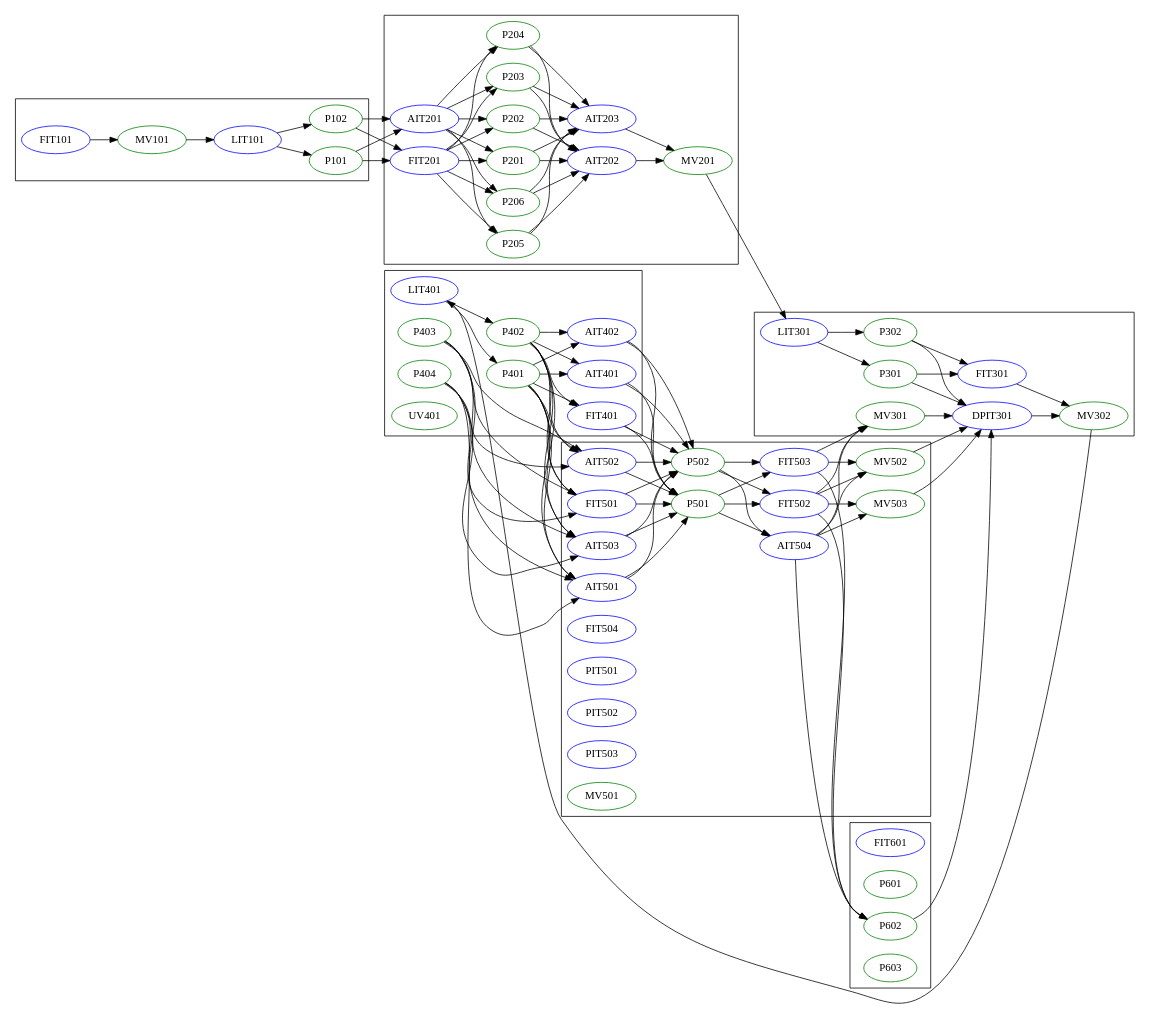
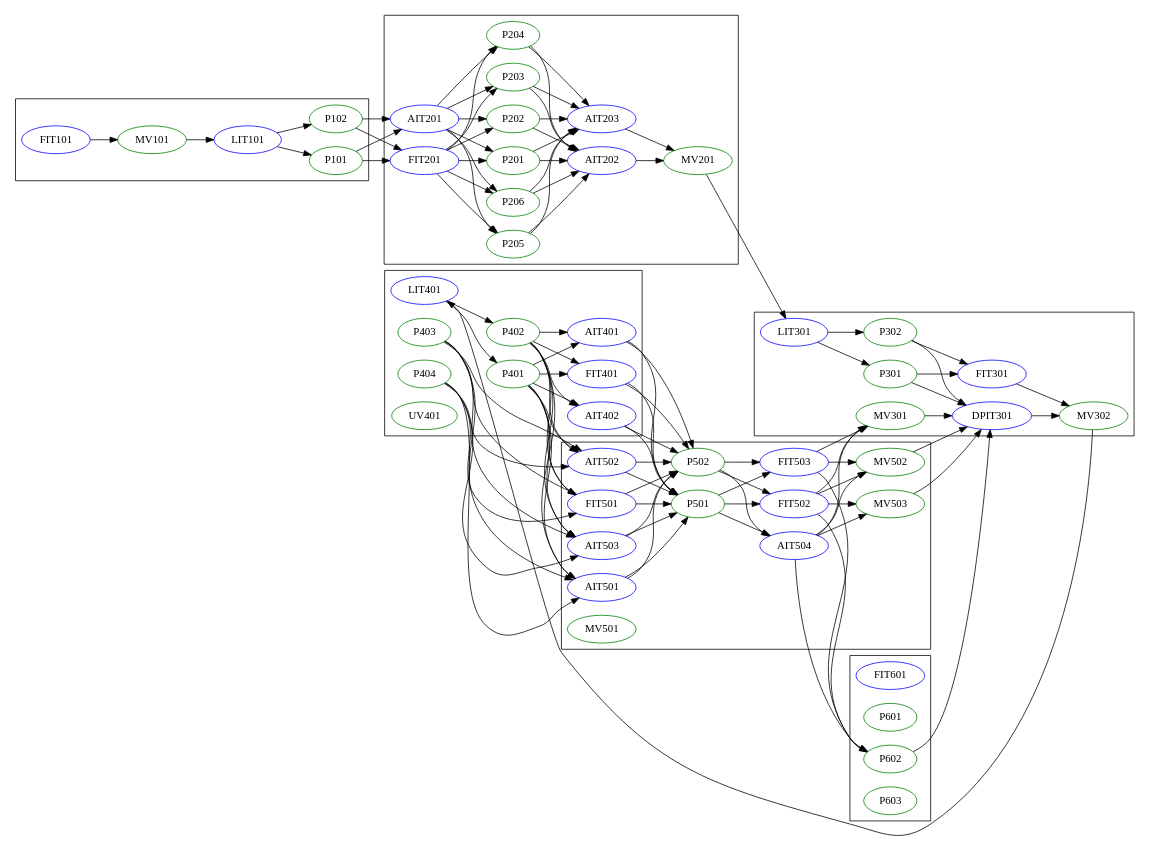
The diagram in flow_raw.dot (CITCOM-project/causal-cut-replication), drawn with Graphviz before and after one commit. The commit also changed 1 other file, not shown here.

Commit message:
removed spurious nodes from flow

```diff
--- a/flow_raw.dot
+++ b/flow_raw.dot
@@ -1,176 +1,172 @@
 /* Generated by the Midget translator*/
 /* Version 0.0 not yet released */
 
 digraph dag{
   rankdir = "LR";
 
   subgraph cluster_1 {
     FIT101[type = "sensor" color = "blue"];
     MV101[type = "actuator" color = "green"];
     LIT101[type = "sensor" color = "blue"];
     P101[type = "actuator" color = "green"];
     P102[type = "actuator" color = "green"];
   }
   subgraph cluster_2 {
     AIT201[type = "sensor" color = "blue"];
     AIT202[type = "sensor" color = "blue"];
     AIT203[type = "sensor" color = "blue"];
     FIT201[type = "sensor" color = "blue"];
     MV201[type = "actuator" color = "green"];
     P201[type = "actuator" color = "green"];
     P202[type = "actuator" color = "green"];
     P203[type = "actuator" color = "green"];
     P204[type = "actuator" color = "green"];
     P205[type = "actuator" color = "green"];
     P206[type = "actuator" color = "green"];
   }
   subgraph cluster_3 {
     DPIT301[type = "sensor" color = "blue"];
     FIT301[type = "sensor" color = "blue"];
     LIT301[type = "sensor" color = "blue"];
     MV302[type = "actuator" color = "green"];
     MV301[type = "actuator" color = "green"];
     P301[type = "actuator" color = "green"];
     P302[type = "actuator" color = "green"];
   }
   subgraph cluster_4 {
     AIT401[type = "sensor" color = "blue"];
     AIT402[type = "sensor" color = "blue"];
     FIT401[type = "sensor" color = "blue"];
     LIT401[type = "sensor" color = "blue"];
     P401[type = "actuator" color = "green"];
     P402[type = "actuator" color = "green"];
     P403[type = "actuator" color = "green"];
     P404[type = "actuator" color = "green"];
     UV401[type = "actuator" color = "green"];
   }
   subgraph cluster_5 {
     AIT501[type = "sensor" color = "blue"];
     AIT502[type = "sensor" color = "blue"];
     AIT503[type = "sensor" color = "blue"];
     AIT504[type = "sensor" color = "blue"];
     FIT501[type = "sensor" color = "blue"];
     FIT502[type = "sensor" color = "blue"];
     FIT503[type = "sensor" color = "blue"];
-    FIT504[type = "sensor" color = "blue"];
     P501[type = "actuator" color = "green"];
     P502[type = "actuator" color = "green"];
-    PIT501[type = "sensor" color = "blue"];
-    PIT502[type = "sensor" color = "blue"];
-    PIT503[type = "sensor" color = "blue"];
     MV501[type = "actuator" color = "green"];
     MV502[type = "actuator" color = "green"];
     MV503[type = "actuator" color = "green"];
   }
   subgraph cluster_6 {
     FIT601[type = "sensor" color = "blue"];
     P601[type = "actuator" color = "green"];
     P602[type = "actuator" color = "green"];
     P603[type = "actuator" color = "green"];
   }
 
   AIT201 -> P201;
   AIT201 -> P202;
   AIT201 -> P203;
   AIT201 -> P204;
   AIT201 -> P205;
   AIT201 -> P206;
   AIT202 -> MV201;
   AIT203 -> MV201;
   AIT401 -> P501;
   AIT401 -> P502;
   AIT402 -> P501;
   AIT402 -> P502;
   AIT501 -> P501;
   AIT501 -> P502;
   AIT502 -> P501;
   AIT502 -> P502;
   AIT503 -> P501;
   AIT503 -> P502;
   AIT504 -> MV503;
   AIT504 -> MV502;
   AIT504 -> P602;
   AIT504 -> MV301;
   DPIT301 -> MV302;
   FIT101 -> MV101;
   FIT201 -> P201;
   FIT201 -> P202;
   FIT201 -> P203;
   FIT201 -> P204;
   FIT201 -> P205;
   FIT201 -> P206;
   FIT301 -> MV302;
   FIT401 -> P501;
   FIT401 -> P502;
   FIT501 -> P501;
   FIT501 -> P502;
   FIT502 -> MV503;
   FIT502 -> MV502;
   FIT502 -> P602;
   FIT502 -> MV301;
   FIT503 -> MV502;
   FIT503 -> P602;
   FIT503 -> MV301;
   LIT101 -> P101;
   LIT101 -> P102;
   LIT301 -> P301;
   LIT301 -> P302;
   LIT401 -> P401;
   LIT401 -> P402;
   MV101 -> LIT101;
   MV201 -> LIT301;
   MV301 -> DPIT301;
   MV302 -> LIT401;
   MV502 -> DPIT301;
   MV503 -> DPIT301;
   P101 -> FIT201;
   P101 -> AIT201;
   P102 -> FIT201;
   P102 -> AIT201;
   P201 -> AIT202;
   P201 -> AIT203;
   P202 -> AIT202;
   P202 -> AIT203;
   P203 -> AIT202;
   P203 -> AIT203;
   P204 -> AIT202;
   P204 -> AIT203;
   P205 -> AIT202;
   P205 -> AIT203;
   P206 -> AIT202;
   P206 -> AIT203;
   P301 -> FIT301;
   P301 -> DPIT301;
   P302 -> FIT301;
   P302 -> DPIT301;
   P401 -> AIT401;
   P401 -> FIT401;
   P401 -> AIT402;
   P401 -> AIT501;
   P401 -> AIT502;
   P401 -> AIT503;
   P401 -> FIT501;
   P402 -> AIT401;
   P402 -> FIT401;
   P402 -> AIT402;
   P402 -> AIT501;
   P402 -> AIT502;
   P402 -> AIT503;
   P402 -> FIT501;
   P403 -> AIT501;
   P403 -> AIT502;
   P403 -> AIT503;
   P403 -> FIT501;
   P404 -> AIT501;
   P404 -> AIT502;
   P404 -> AIT503;
   P404 -> FIT501;
   P501 -> AIT504;
   P501 -> FIT502;
   P501 -> FIT503;
   P502 -> AIT504;
   P502 -> FIT502;
   P502 -> FIT503;
   P602 -> DPIT301;
 
 }
```
